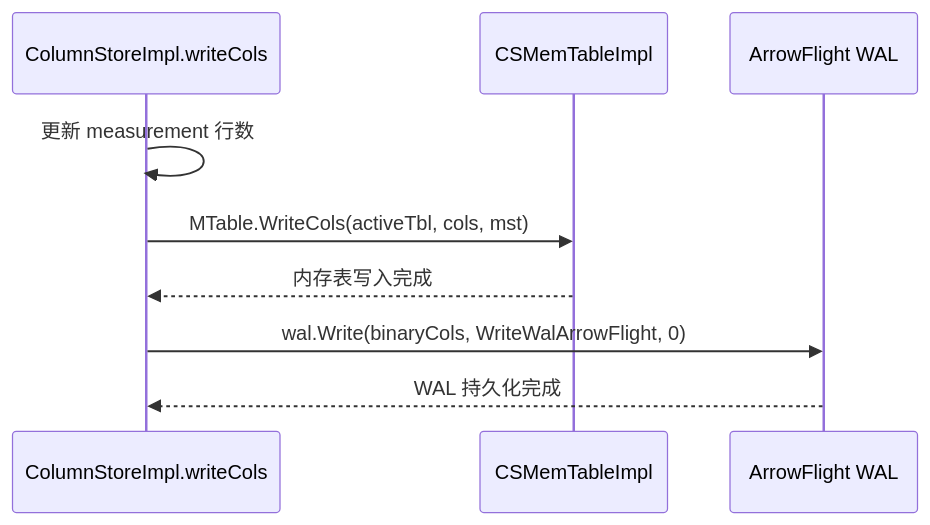
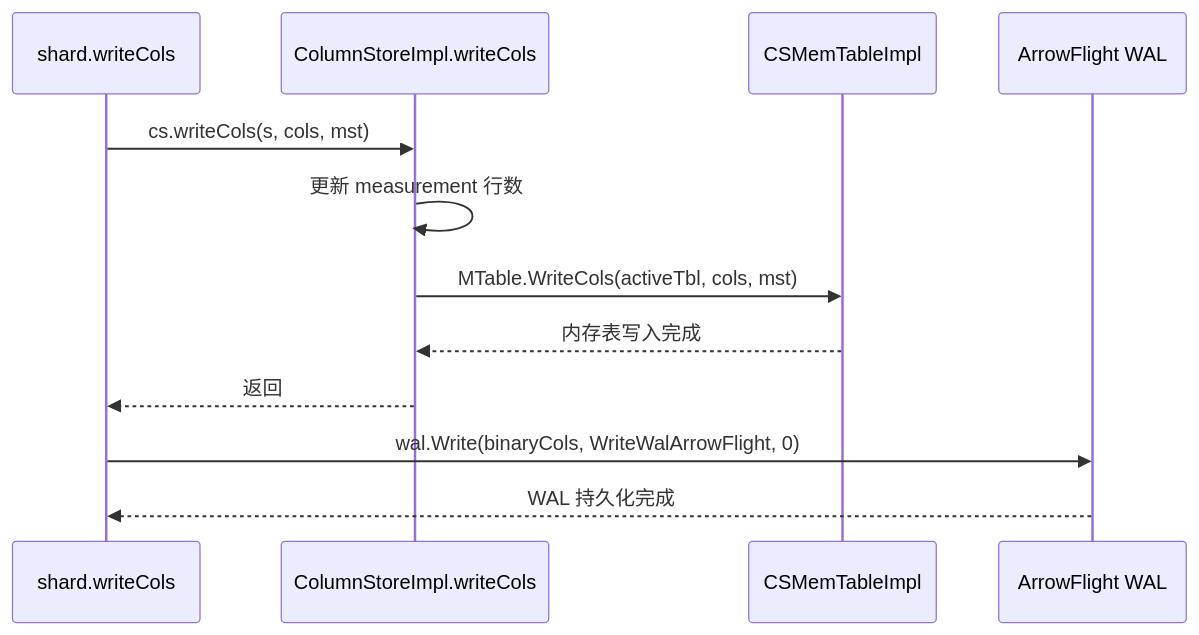
The fifth of 12 diagrams in docs/specs/11_column_store_spec.md (stefanv5/openGemini), drawn with Mermaid before and after one commit. The commit also changed other lines of this file and 37 other files, not shown here.

````diff
--- a/docs/specs/11_column_store_spec.md
+++ b/docs/specs/11_column_store_spec.md
@@ -443,12 +473,15 @@
 ```mermaid
 sequenceDiagram
+    participant Shard as shard.writeCols
     participant WriteCols as ColumnStoreImpl.writeCols
     participant Mem as CSMemTableImpl
     participant WAL as ArrowFlight WAL
 
+    Shard->>WriteCols: cs.writeCols(s, cols, mst)
     WriteCols->>WriteCols: 更新 measurement 行数
     WriteCols->>Mem: MTable.WriteCols(activeTbl, cols, mst)
     Mem-->>WriteCols: 内存表写入完成
-    WriteCols->>WAL: wal.Write(binaryCols, WriteWalArrowFlight, 0)
-    WAL-->>WriteCols: WAL 持久化完成
+    WriteCols-->>Shard: 返回
+    Shard->>WAL: wal.Write(binaryCols, WriteWalArrowFlight, 0)
+    WAL-->>Shard: WAL 持久化完成
 ```
````
